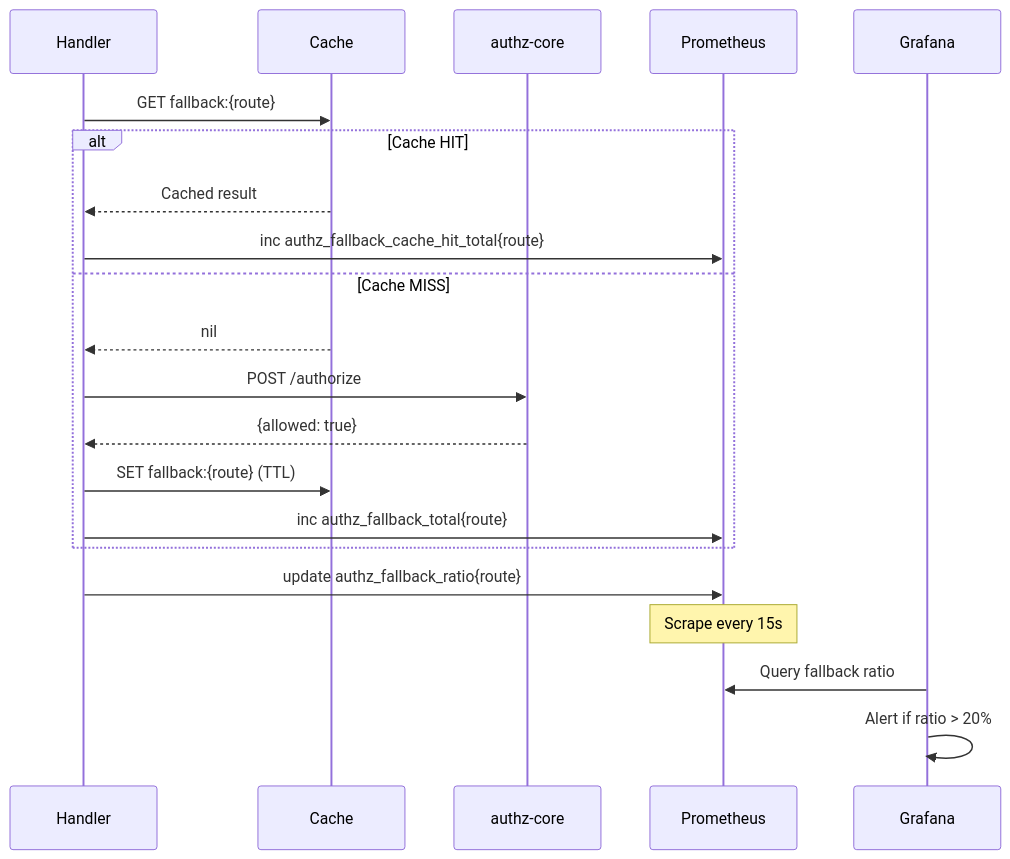
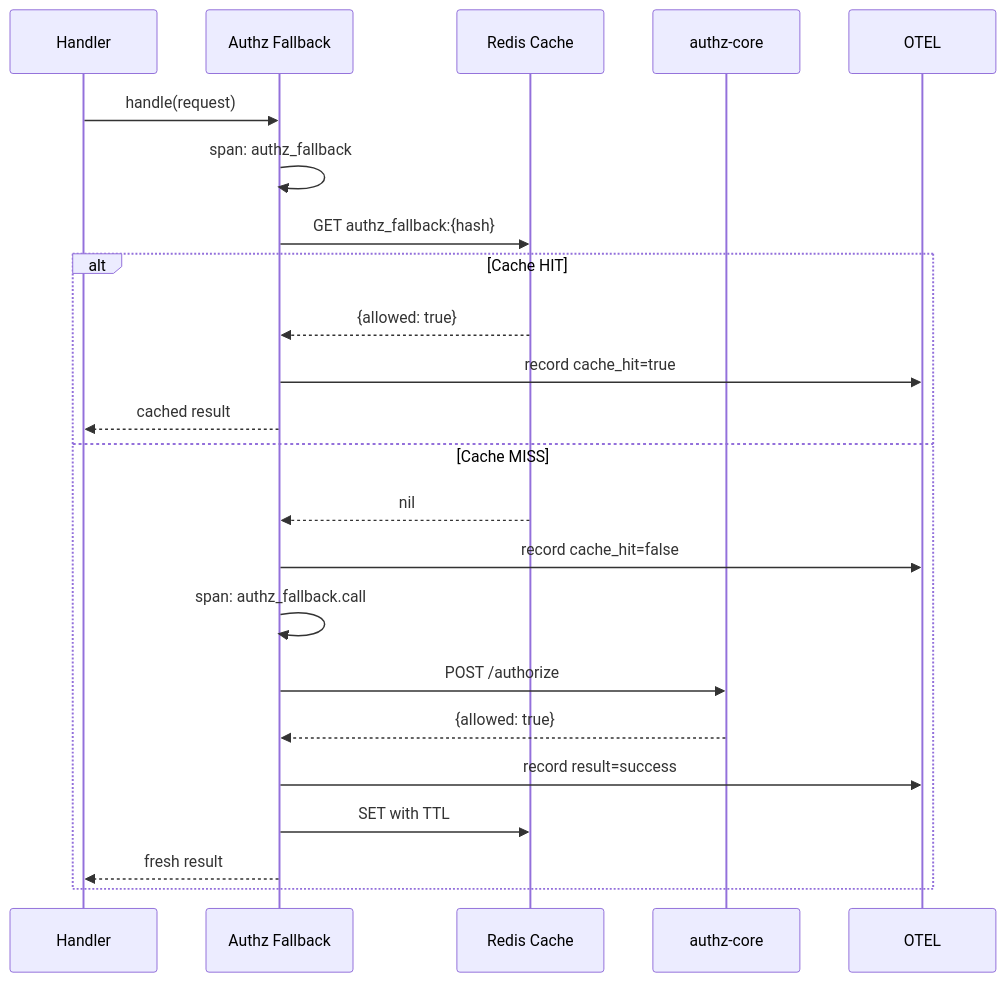
One commit to microscaler/sesame-idam changed the first of 2 diagrams in docs/Epics/09-observability/stories/story-9.3.md. Above: the diagram before and after it, drawn with Mermaid. The commit also changed other lines of this file, not shown here.

Commit message:
docs(observability): rewrite Story 9.3 to OTEL spans for authz fallback — no snowflake counters

````diff
--- a/docs/Epics/09-observability/stories/story-9.3.md
+++ b/docs/Epics/09-observability/stories/story-9.3.md
@@ -117,26 +117,26 @@
 ```mermaid
 sequenceDiagram
     participant Handler
-    participant Cache
+    participant Fallback as Authz Fallback
+    participant Cache as Redis Cache
     participant Authz as authz-core
-    participant Prometheus
-    participant Grafana
+    participant OTEL
 
-    Handler->>Cache: GET fallback:{route}
+    Handler->>Fallback: handle(request)
+    Fallback->>Fallback: span: authz_fallback
+    Fallback->>Cache: GET authz_fallback:{hash}
     alt Cache HIT
-        Cache-->>Handler: Cached result
-        Handler->>Prometheus: inc authz_fallback_cache_hit_total{route}
+        Cache-->>Fallback: {allowed: true}
+        Fallback->>OTEL: record cache_hit=true
+        Fallback-->>Handler: cached result
     else Cache MISS
-        Cache-->>Handler: nil
-        Handler->>Authz: POST /authorize
-        Authz-->>Handler: {allowed: true}
-        Handler->>Cache: SET fallback:{route} (TTL)
-        Handler->>Prometheus: inc authz_fallback_total{route}
+        Cache-->>Fallback: nil
+        Fallback->>OTEL: record cache_hit=false
+        Fallback->>Fallback: span: authz_fallback.call
+        Fallback->>Authz: POST /authorize
+        Authz-->>Fallback: {allowed: true}
+        Fallback->>OTEL: record result=success
+        Fallback->>Cache: SET with TTL
+        Fallback-->>Handler: fresh result
     end
-    
-    Handler->>Prometheus: update authz_fallback_ratio{route}
-    
-    Note over Prometheus: Scrape every 15s
-    Grafana->>Prometheus: Query fallback ratio
-    Grafana->>Grafana: Alert if ratio > 20%
 ```
````
